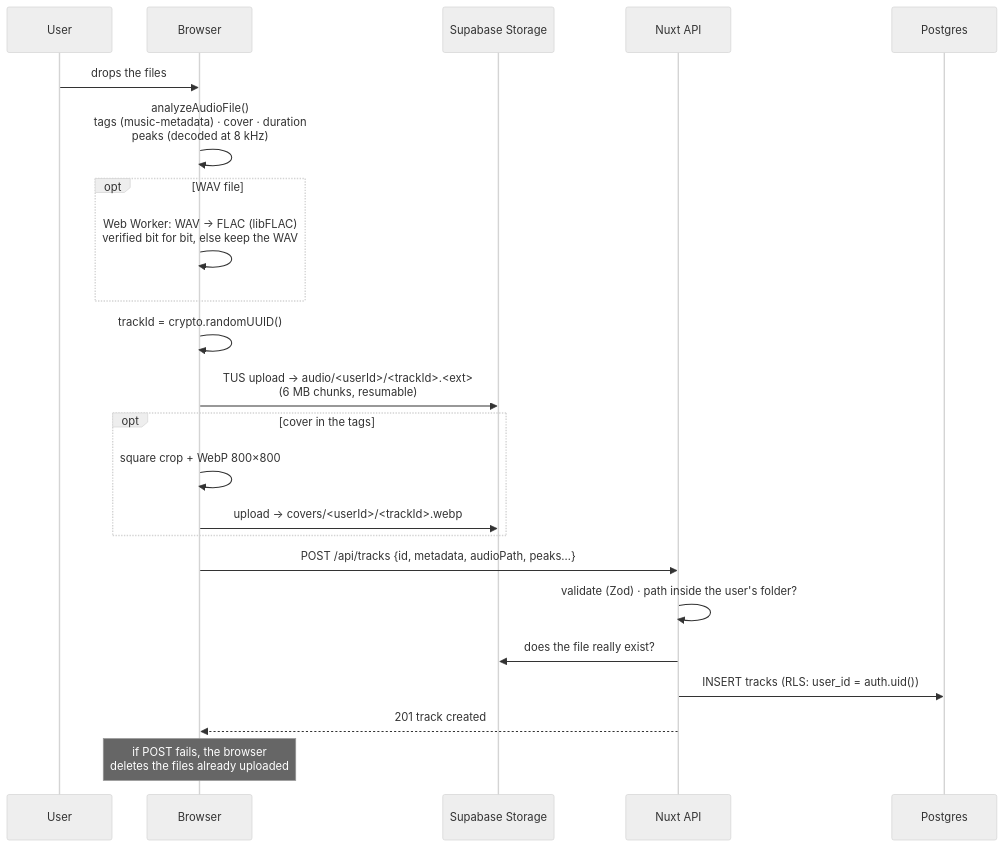
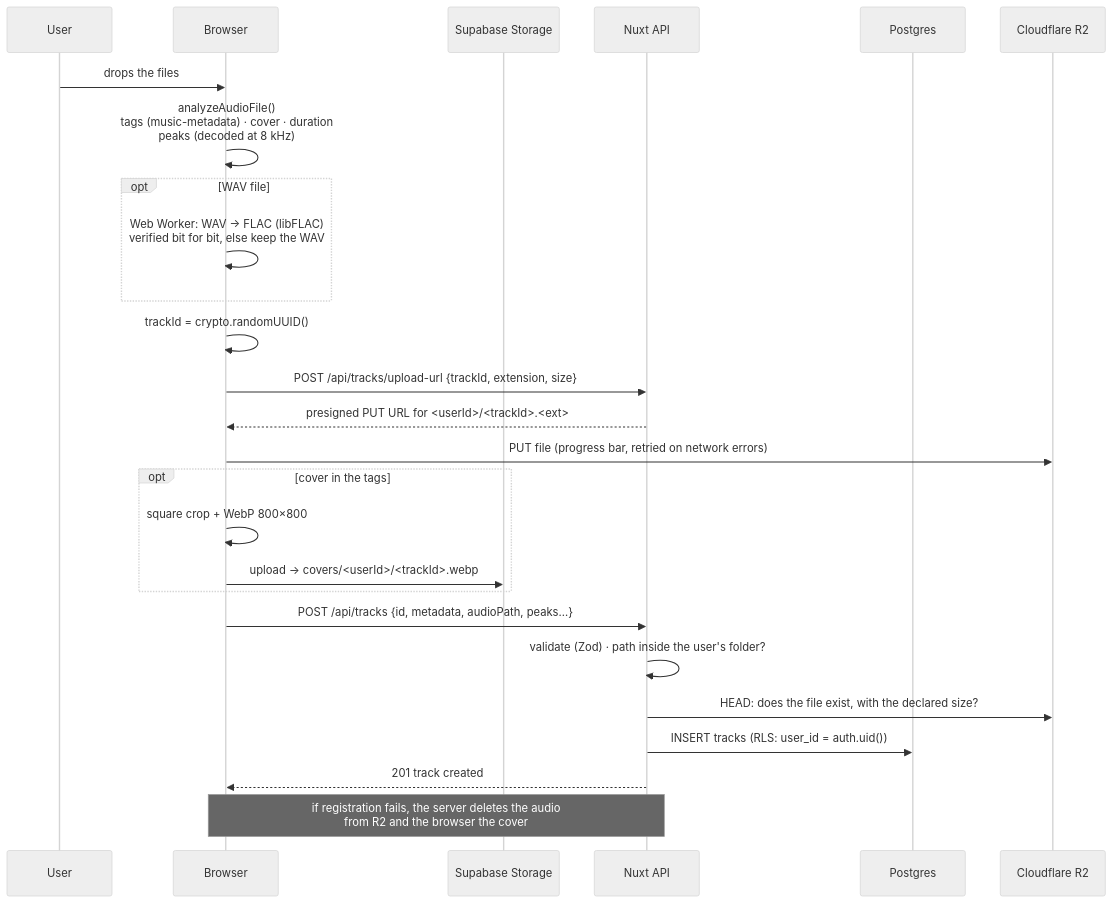
The third of 5 diagrams in README.md (alesssz/Chronovault), drawn with Mermaid (neutral theme) before and after one commit. The commit also changed other lines of this file and 27 other files, not shown here.

````diff
--- a/README.md
+++ b/README.md
@@ -191,26 +196,29 @@
 ```mermaid
 sequenceDiagram
   participant U as User
   participant B as Browser
   participant S as Supabase Storage
   participant N as Nuxt API
   participant D as Postgres
+  participant R as Cloudflare R2
 
   U->>B: drops the files
   B->>B: analyzeAudioFile()<br/>tags (music-metadata) · cover · duration<br/>peaks (decoded at 8 kHz)
   opt WAV file
     B->>B: Web Worker: WAV → FLAC (libFLAC)<br/>verified bit for bit, else keep the WAV
   end
   B->>B: trackId = crypto.randomUUID()
-  B->>S: TUS upload → audio/<userId>/<trackId>.<ext><br/>(6 MB chunks, resumable)
+  B->>N: POST /api/tracks/upload-url {trackId, extension, size}
+  N-->>B: presigned PUT URL for <userId>/<trackId>.<ext>
+  B->>R: PUT file (progress bar, retried on network errors)
   opt cover in the tags
     B->>B: square crop + WebP 800×800
     B->>S: upload → covers/<userId>/<trackId>.webp
   end
   B->>N: POST /api/tracks {id, metadata, audioPath, peaks…}
   N->>N: validate (Zod) · path inside the user's folder?
-  N->>S: does the file really exist?
+  N->>R: HEAD: does the file exist, with the declared size?
   N->>D: INSERT tracks (RLS: user_id = auth.uid())
   N-->>B: 201 track created
-  Note over B: if POST fails, the browser<br/>deletes the files already uploaded
+  Note over N,B: if registration fails, the server deletes the audio<br/>from R2 and the browser the cover
 ```
````
